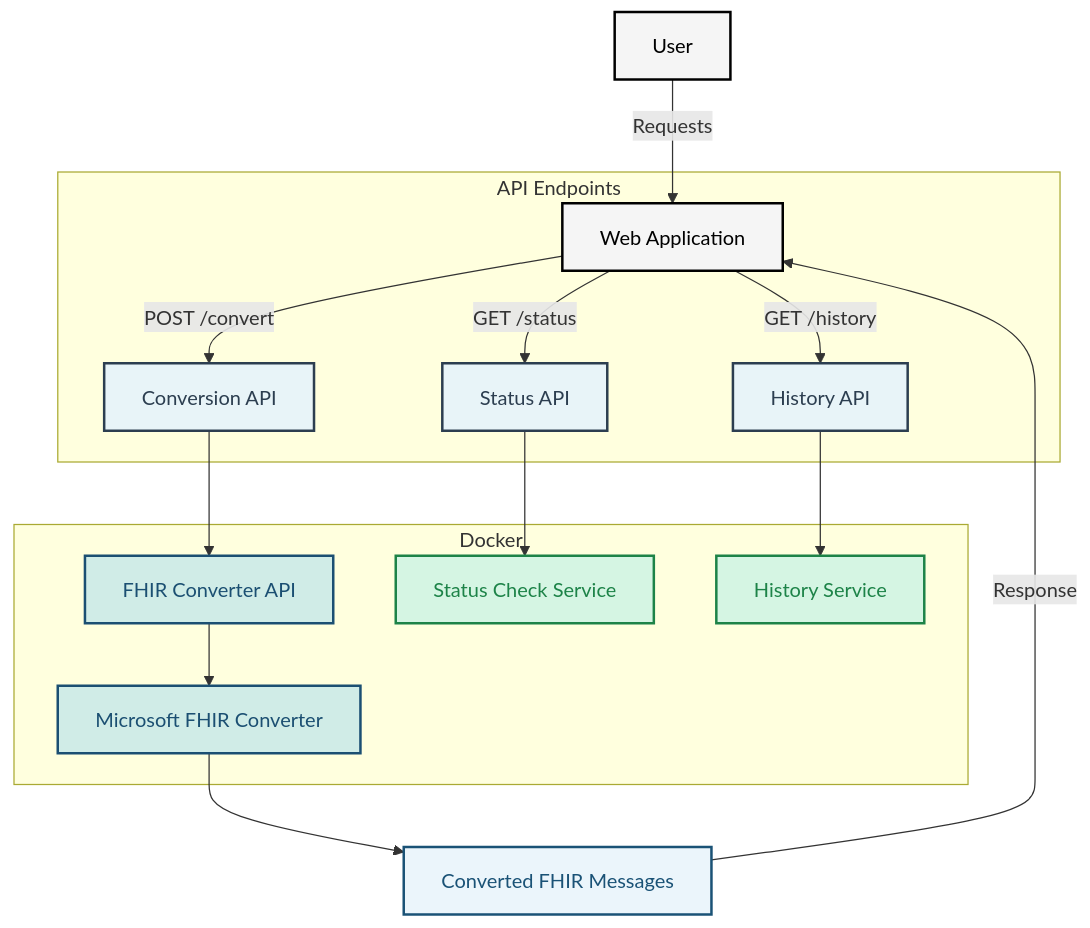
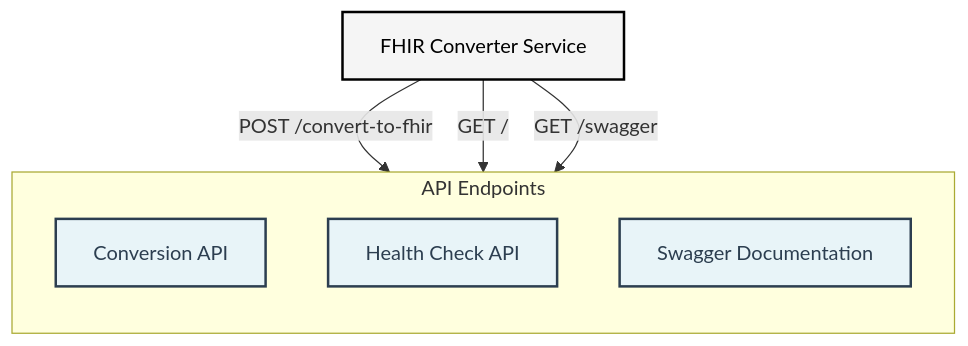
Before and after one commit to CDCgov/dibbs-FHIR-Converter: the diagram in src/Dibbs.FhirConverterApi/README.md, drawn with Mermaid. The commit also changed other lines of this file and 1 other file, not shown here.

````diff
--- a/src/Dibbs.FhirConverterApi/README.md
+++ b/src/Dibbs.FhirConverterApi/README.md
@@ -51,36 +67,20 @@
 ```mermaid
 graph TD;
-    style user fill:#F5F5F5,stroke:#000000,stroke-width:2px,color:#000000;
     style webApp fill:#F5F5F5,stroke:#000000,stroke-width:2px,color:#000000;
     style apiConvert fill:#E8F4F8,stroke:#2C3E50,stroke-width:2px,color:#2C3E50;
-    style apiStatus fill:#E8F4F8,stroke:#2C3E50,stroke-width:2px,color:#2C3E50;
-    style apiHistory fill:#E8F4F8,stroke:#2C3E50,stroke-width:2px,color:#2C3E50;
-    style fhirConverterService fill:#D0ECE7,stroke:#1B4F72,stroke-width:2px,color:#1B4F72;
-    style microsoftFHIRConverter fill:#D0ECE7,stroke:#1B4F72,stroke-width:2px,color:#1B4F72;
-    style convertedMessages fill:#EBF5FB,stroke:#1A5276,stroke-width:2px,color:#1A5276;
-    style statusCheck fill:#D5F5E3,stroke:#1D8348,stroke-width:2px,color:#1D8348;
-    style historyService fill:#D5F5E3,stroke:#1D8348,stroke-width:2px,color:#1D8348;
+    style apiHealthCheck fill:#E8F4F8,stroke:#2C3E50,stroke-width:2px,color:#2C3E50;
+    style apiSwagger fill:#E8F4F8,stroke:#2C3E50,stroke-width:2px,color:#2C3E50;
 
-    user[User] -->|Requests| webApp[Web Application];
+    webApp[FHIR Converter Service];
 
     subgraph API Endpoints
-        webApp -->|POST /convert| apiConvert[Conversion API];
-        webApp -->|GET /status| apiStatus[Status API];
-        webApp -->|GET /history| apiHistory[History API];
+        direction TB
+        apiConvert[Conversion API]
+        apiHealthCheck[Health Check API]
+        apiSwagger[Swagger Documentation]
     end
 
-    apiConvert --> fhirConverterService[FHIR Converter API];
-    fhirConverterService --> microsoftFHIRConverter[Microsoft FHIR Converter];
-    microsoftFHIRConverter --> convertedMessages[Converted FHIR Messages];
-    convertedMessages -->|Response| webApp;
-
-    apiStatus --> statusCheck[Status Check Service];
-    apiHistory --> historyService[History Service];
-
-    subgraph Docker
-        fhirConverterService
-        microsoftFHIRConverter
-        statusCheck
-        historyService
-    end
+    webApp -->|POST /convert-to-fhir| apiConvert;
+    webApp -->|GET /| apiHealthCheck;
+    webApp -->|GET /swagger| apiSwagger;
 ```
````
